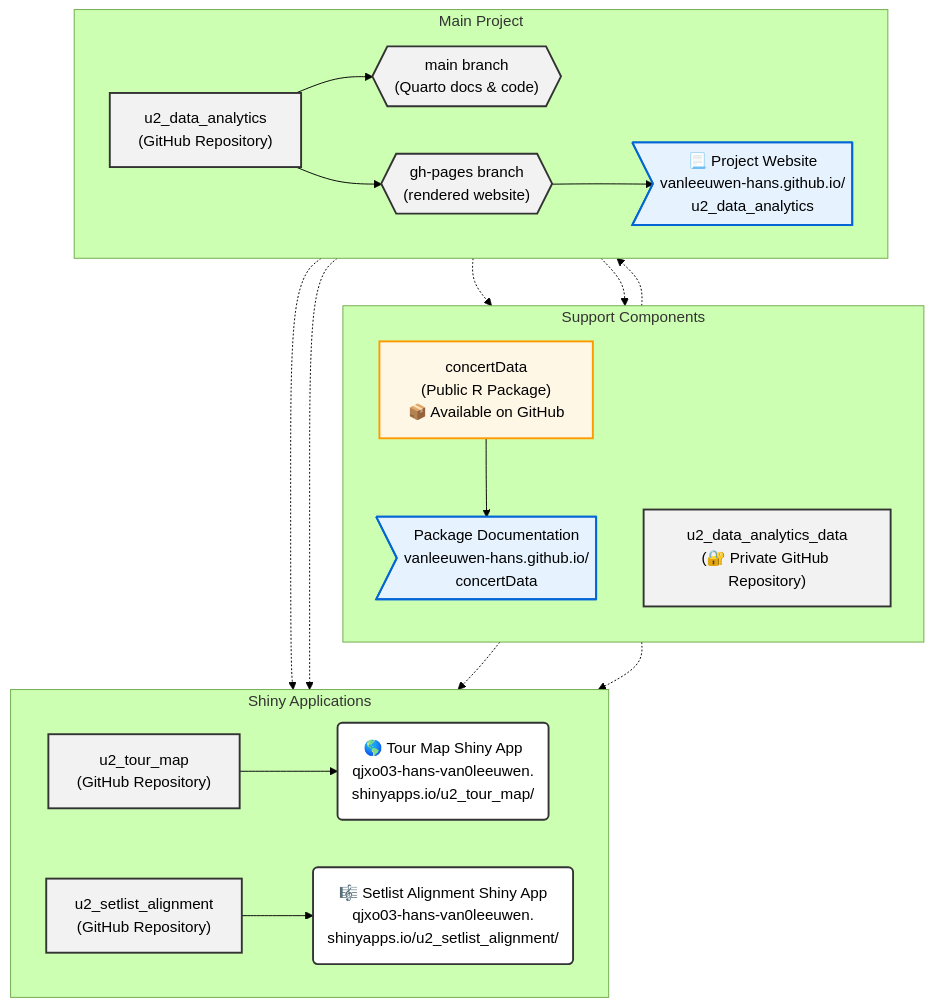
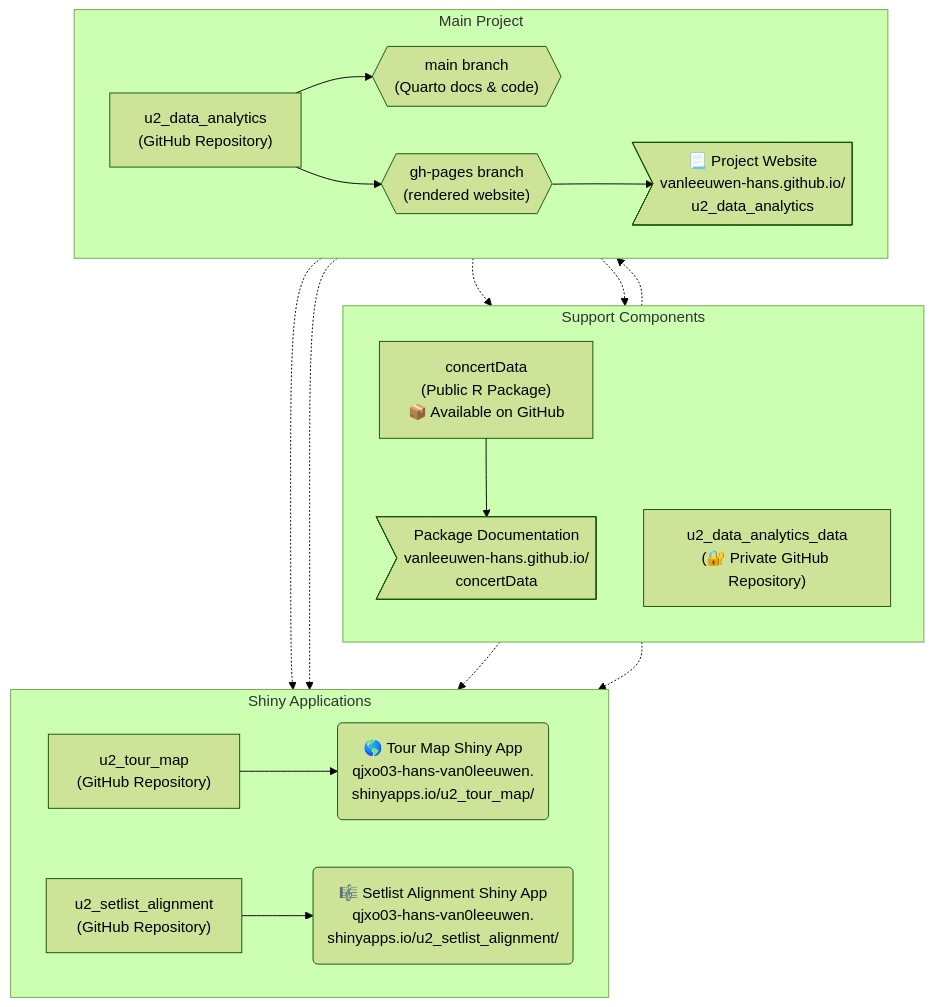
One commit to vanleeuwen-hans/u2_data_analytics changed the diagram in sharing.qmd. Above: the diagram before and after it, drawn with Mermaid (forest theme).

Commit message:
update mermaid

````diff
--- a/sharing.qmd
+++ b/sharing.qmd
@@ -11,56 +11,51 @@
 ```{mermaid}
 flowchart TB
-    classDef github fill:#f2f2f2,stroke:#333,stroke-width:2px
-    classDef website fill:#e6f3ff,stroke:#0366d6,stroke-width:2px
-    classDef shiny fill:#ffffff,stroke:#333,stroke-width:2px
-    classDef package fill:#e6ffe6,stroke:#28a745,stroke-width:2px
-    classDef public fill:#fff7e6,stroke:#f90,stroke-width:2px
 
     %% Main Project Repository
-    MainRepo["u2_data_analytics\n(GitHub Repository)"]:::github
-    MainBranch{{"main branch\n(Quarto docs & code)"}}:::github
-    GHPages{{"gh-pages branch\n(rendered website)"}}:::github
-    Website>"📃 Project Website\nvanleeuwen-hans.github.io/\nu2_data_analytics"]:::website
+    MainRepo["u2_data_analytics\n(GitHub Repository)"]
+    MainBranch{{"main branch\n(Quarto docs & code)"}}
+    GHPages{{"gh-pages branch\n(rendered website)"}}
+    Website>"📃 Project Website\nvanleeuwen-hans.github.io/\nu2_data_analytics"]
 
     %% R Package
-    Package["concertData\n(Public R Package)\n📦 Available on GitHub"]:::public
-    PackageWeb>"Package Documentation\nvanleeuwen-hans.github.io/\nconcertData"]:::website
+    Package["concertData\n(Public R Package)\n📦 Available on GitHub"]
+    PackageWeb>"Package Documentation\nvanleeuwen-hans.github.io/\nconcertData"]
 
     %% Private Data Repository
-    DataRepo["u2_data_analytics_data\n(🔐 Private GitHub Repository)"]:::github
+    DataRepo["u2_data_analytics_data\n(🔐 Private GitHub Repository)"]
 
     %% Shiny Apps
-    ShinyRepo1["u2_tour_map\n(GitHub Repository)"]:::github
-    ShinyApp1("🌎 Tour Map Shiny App\nqjxo03-hans-van0leeuwen.\nshinyapps.io/u2_tour_map/"):::shiny
-    ShinyRepo2["u2_setlist_alignment\n(GitHub Repository)"]:::github
-    ShinyApp2("🎼 Setlist Alignment Shiny App\nqjxo03-hans-van0leeuwen.\nshinyapps.io/u2_setlist_alignment/"):::shiny
+    ShinyRepo1["u2_tour_map\n(GitHub Repository)"]
+    ShinyApp1("🌎 Tour Map Shiny App\nqjxo03-hans-van0leeuwen.\nshinyapps.io/u2_tour_map/")
+    ShinyRepo2["u2_setlist_alignment\n(GitHub Repository)"]
+    ShinyApp2("🎼 Setlist Alignment Shiny App\nqjxo03-hans-van0leeuwen.\nshinyapps.io/u2_setlist_alignment/")
 
     subgraph Support ["Support Components"]
         direction TB
         Package --> PackageWeb
         DataRepo
     end
     
     subgraph Main ["Main Project"]
         direction LR
         MainRepo --> MainBranch
         MainRepo --> GHPages
         GHPages --> Website
     end
 
     subgraph Apps ["Shiny Applications"]
         direction LR
         ShinyRepo1 --> ShinyApp1
         ShinyRepo2 --> ShinyApp2
     end
 
     %% Connections between subgraphs
     MainRepo -.-> Package
     DataRepo -.-> MainRepo
     Package -.-> ShinyRepo1
     Package -.-> ShinyRepo2
     Website -.-> PackageWeb
     Website -.-> ShinyApp1
     Website -.-> ShinyApp2
 
 ```
````
